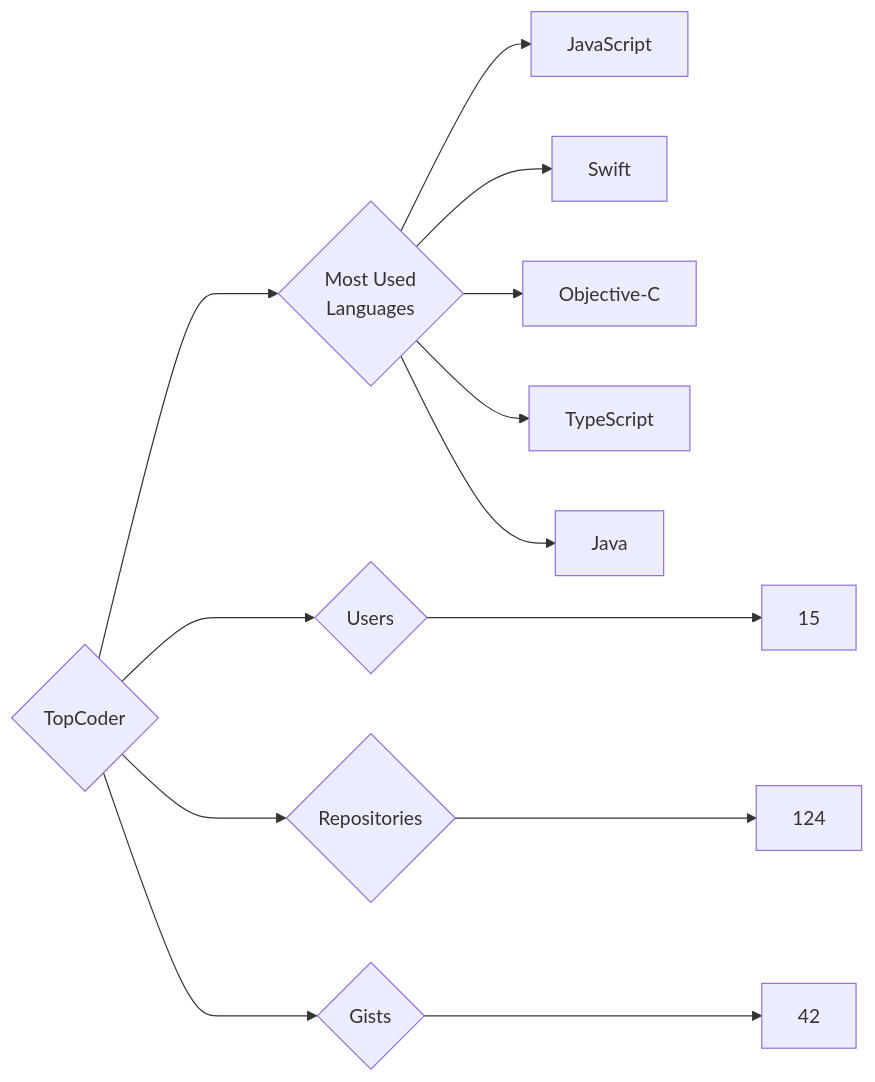
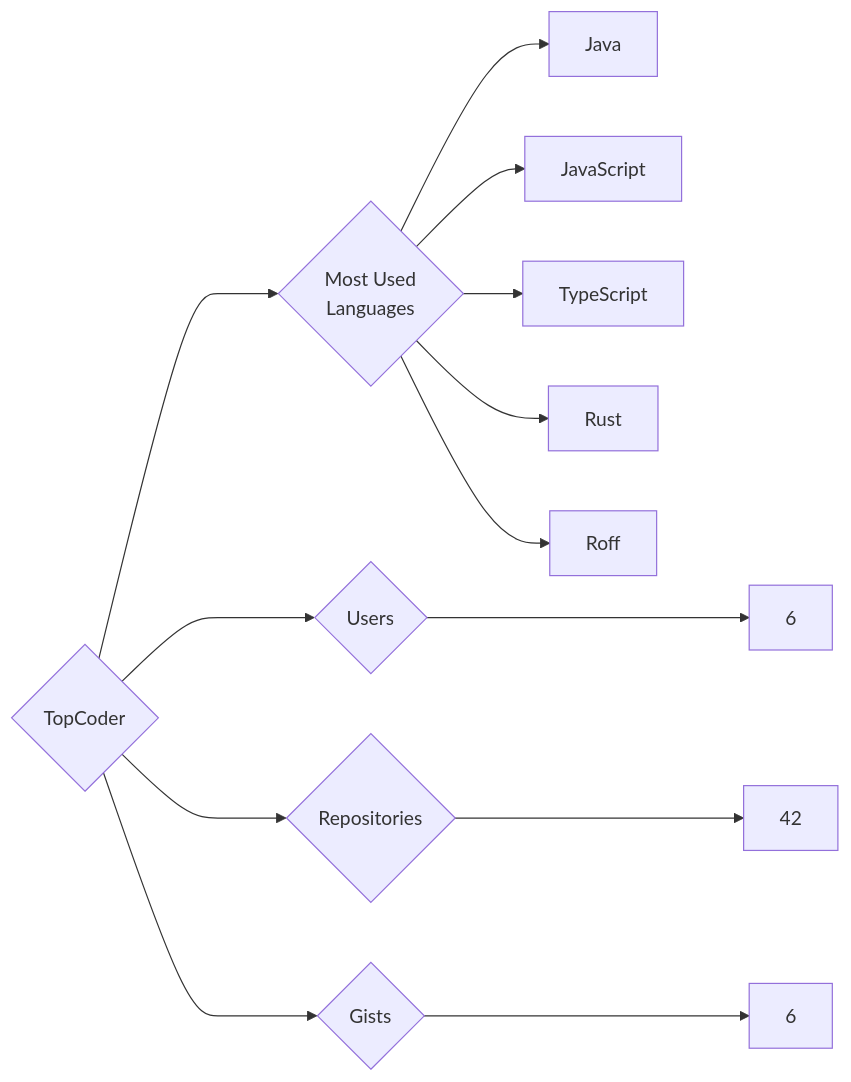
The diagram in targets/TopCoder/README.md (trickest/insiders), drawn with Mermaid before and after one commit. The commit also changed 953 other files, not shown here.

````diff
--- a/targets/TopCoder/README.md
+++ b/targets/TopCoder/README.md
@@ -3,13 +3,13 @@
 ```mermaid
 graph LR
 COMPANY_NAME{TopCoder}
-COMPANY_NAME ---> U{Users} ---> UN[15]
-COMPANY_NAME ---> R{Repositories} ---> RN[124]
-COMPANY_NAME ---> G{Gists} ---> GN[42]
+COMPANY_NAME ---> U{Users} ---> UN[6]
+COMPANY_NAME ---> R{Repositories} ---> RN[42]
+COMPANY_NAME ---> G{Gists} ---> GN[6]
 COMPANY_NAME ---> ML{Most Used<br>Languages}
+ML --> Java[Java]
 ML --> JavaScript[JavaScript]
-ML --> Swift[Swift]
-ML --> Objective-C[Objective-C]
 ML --> TypeScript[TypeScript]
-ML --> Java[Java]
+ML --> Rust[Rust]
+ML --> Roff[Roff]
 ```
````
